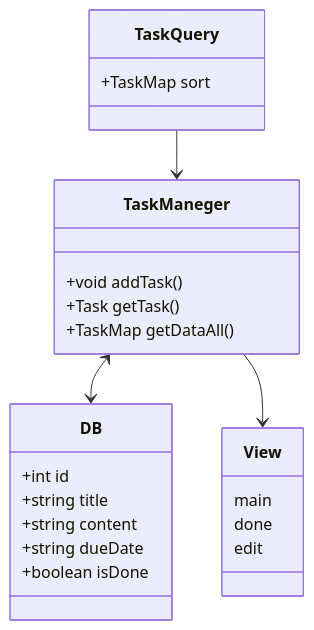
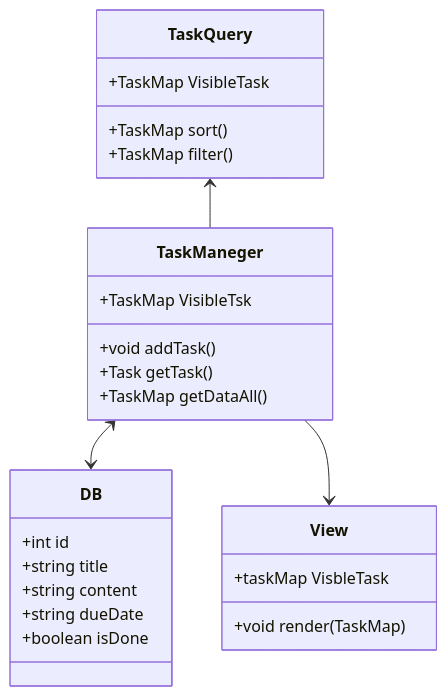
Before and after one commit to User665-svg/todo-app: the diagram in test.md, drawn with Mermaid. The commit also changed 2 other files, not shown here.

Commit message:
細かな修正

```diff
--- a/test.md
+++ b/test.md
@@ -1,26 +1,28 @@
 ::: mermaid
     classDiagram
-    TaskManeger<-->DB
-    TaskQuery-->TaskManeger
-    TaskManeger-->View
+    TaskManeger <--> DB
+    TaskQuery <-- TaskManeger
+    TaskManeger --> View
     class TaskQuery{
-        +TaskMap sort
+        +TaskMap sort()
+        +TaskMap filter()
+        +TaskMap VisibleTask
     }
     class View{
-        main
-        done
-        edit
+        +taskMap VisbleTask
+        +void render(TaskMap)
     }
     class TaskManeger{
         +void addTask()
         +Task getTask()
         +TaskMap getDataAll()
+        +TaskMap VisibleTsk
     }
     class DB{
         +int id
         +string title
         +string content
         +string dueDate
         +boolean isDone
     }
 :::
```
